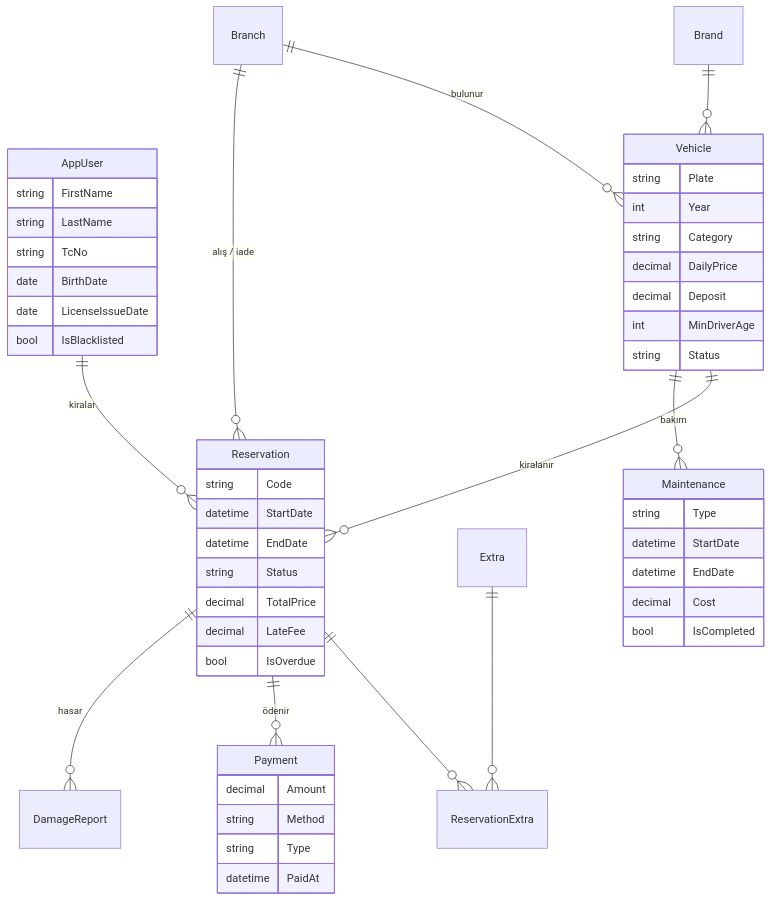
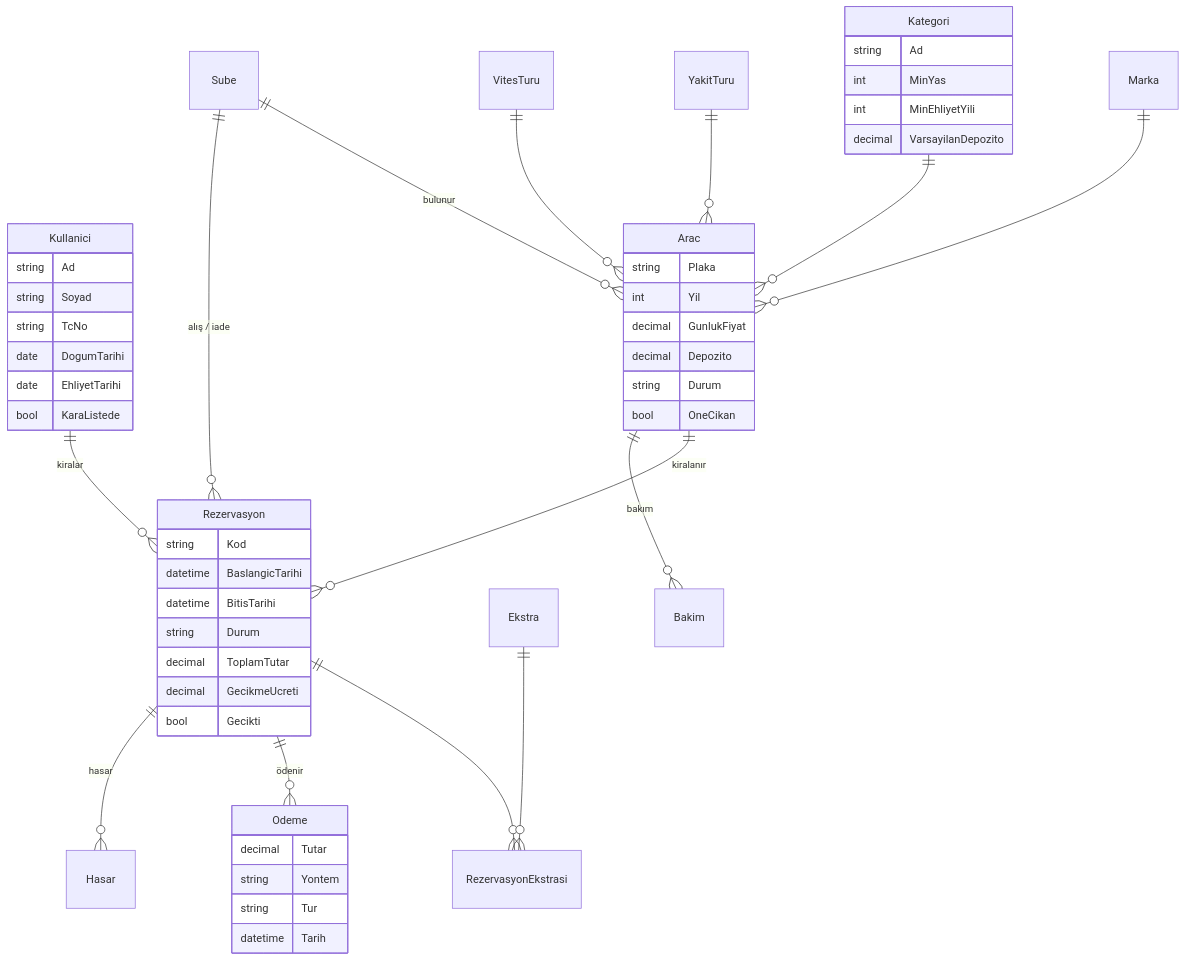
One commit to ardcek/automarket changed the diagram in AracKiralama/README.md. Above: the diagram before and after it, drawn with Mermaid. The commit also changed other lines of this file and 240 other files, not shown here.

````diff
--- a/AracKiralama/README.md
+++ b/AracKiralama/README.md
@@ -654,53 +789,54 @@
 ```mermaid
 erDiagram
-    AppUser ||--o{ Reservation : "kiralar"
-    Vehicle ||--o{ Reservation : "kiralanır"
-    Brand ||--o{ Vehicle : ""
-    Branch ||--o{ Vehicle : "bulunur"
-    Branch ||--o{ Reservation : "alış / iade"
-    Reservation ||--o{ ReservationExtra : ""
-    Extra ||--o{ ReservationExtra : ""
-    Reservation ||--o{ Payment : "ödenir"
-    Reservation ||--o{ DamageReport : "hasar"
-    Vehicle ||--o{ Maintenance : "bakım"
+    Kullanici ||--o{ Rezervasyon : "kiralar"
+    Arac ||--o{ Rezervasyon : "kiralanır"
+    Marka ||--o{ Arac : ""
+    Kategori ||--o{ Arac : ""
+    YakitTuru ||--o{ Arac : ""
+    VitesTuru ||--o{ Arac : ""
+    Sube ||--o{ Arac : "bulunur"
+    Sube ||--o{ Rezervasyon : "alış / iade"
+    Rezervasyon ||--o{ RezervasyonEkstrasi : ""
+    Ekstra ||--o{ RezervasyonEkstrasi : ""
+    Rezervasyon ||--o{ Odeme : "ödenir"
+    Rezervasyon ||--o{ Hasar : "hasar"
+    Arac ||--o{ Bakim : "bakım"
 
-    Vehicle {
-        string Plate
-        int Year
-        string Category
-        decimal DailyPrice
-        decimal Deposit
-        int MinDriverAge
-        string Status
+    Arac {
+        string Plaka
+        int Yil
+        decimal GunlukFiyat
+        decimal Depozito
+        string Durum
+        bool OneCikan
     }
-    Reservation {
-        string Code
-        datetime StartDate
-        datetime EndDate
-        string Status
-        decimal TotalPrice
-        decimal LateFee
-        bool IsOverdue
+    Kategori {
+        string Ad
+        int MinYas
+        int MinEhliyetYili
+        decimal VarsayilanDepozito
     }
-    AppUser {
-        string FirstName
-        string LastName
+    Rezervasyon {
+        string Kod
+        datetime BaslangicTarihi
+        datetime BitisTarihi
+        string Durum
+        decimal ToplamTutar
+        decimal GecikmeUcreti
+        bool Gecikti
+    }
+    Kullanici {
+        string Ad
+        string Soyad
         string TcNo
-        date BirthDate
-        date LicenseIssueDate
-        bool IsBlacklisted
+        date DogumTarihi
+        date EhliyetTarihi
+        bool KaraListede
     }
-    Payment {
-        decimal Amount
-        string Method
-        string Type
-        datetime PaidAt
-    }
-    Maintenance {
-        string Type
-        datetime StartDate
-        datetime EndDate
-        decimal Cost
-        bool IsCompleted
+    Odeme {
+        decimal Tutar
+        string Yontem
+        string Tur
+        datetime Tarih
     }
 ```
````
